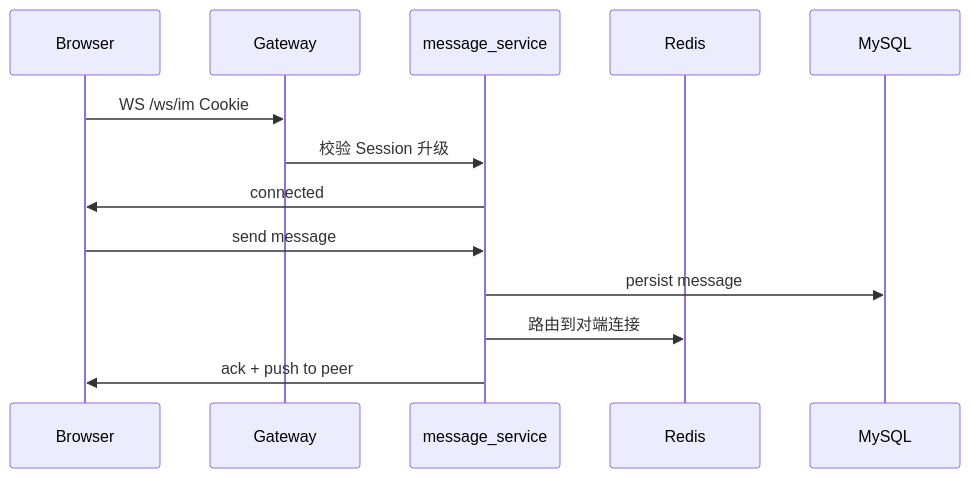
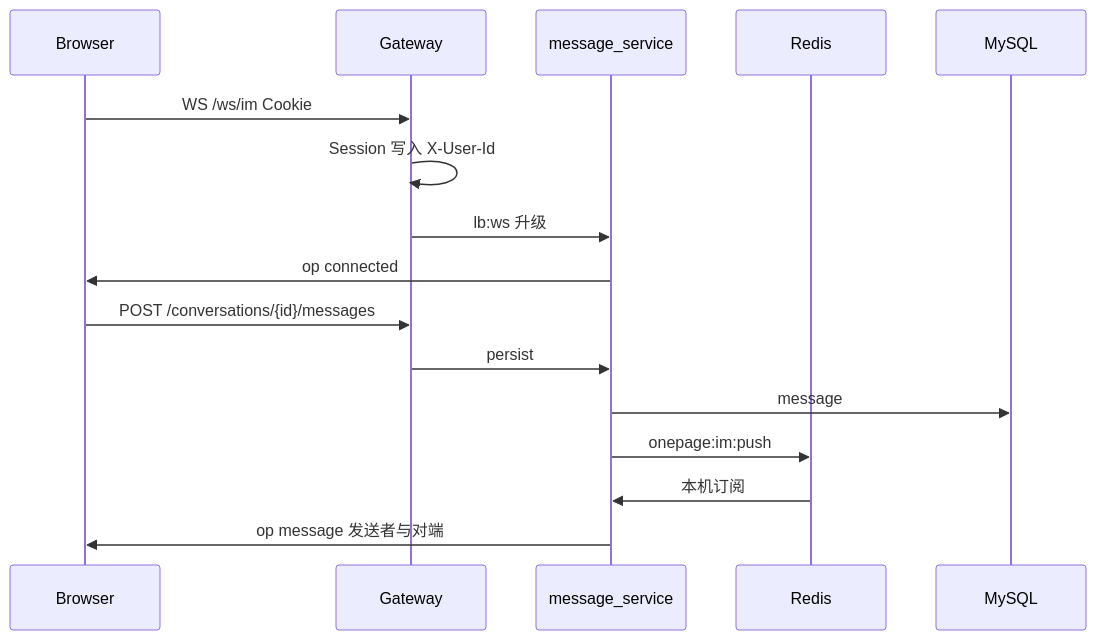
Before and after one commit to Yangleduo00337788/OnePage: diagram 11 of 13 in agi-work-space/src/content/engineering/tech/diagrams.md, drawn with Mermaid. The commit also changed other lines of this file and 36 other files, not shown here.

Commit message:
feat(im): 私信改为长连接推送并能发图片

````diff
--- a/agi-work-space/src/content/engineering/tech/diagrams.md
+++ b/agi-work-space/src/content/engineering/tech/diagrams.md
@@ -302,16 +304,19 @@
 ```mermaid
 sequenceDiagram
   participant B as Browser
   participant G as Gateway
   participant M as message_service
   participant R as Redis
   participant DB as MySQL
 
   B->>G: WS /ws/im Cookie
-  G->>M: 校验 Session 升级
-  M->>B: connected
-  B->>M: send message
-  M->>DB: persist message
-  M->>R: 路由到对端连接
-  M->>B: ack + push to peer
+  G->>G: Session 写入 X-User-Id
+  G->>M: lb:ws 升级
+  M->>B: op connected
+  B->>G: POST /conversations/{id}/messages
+  G->>M: persist
+  M->>DB: message
+  M->>R: onepage:im:push
+  R->>M: 本机订阅
+  M->>B: op message 发送者与对端
 ```
````
